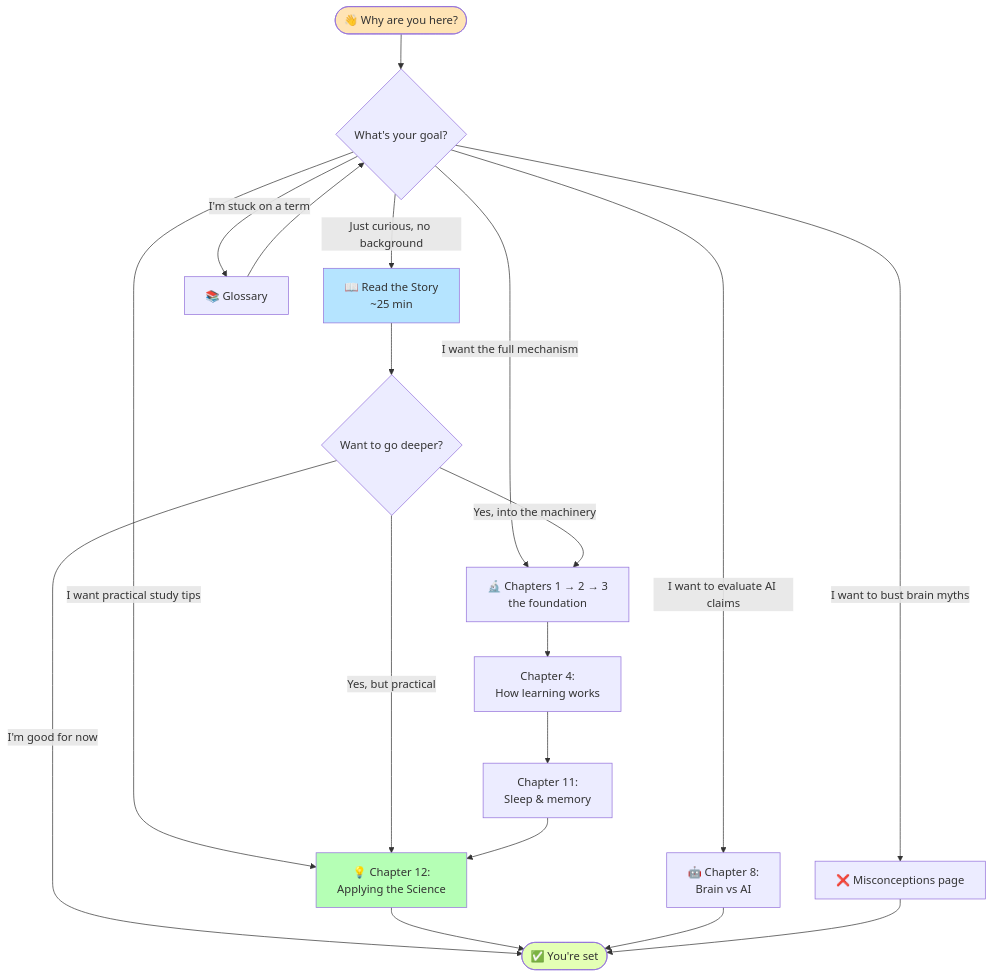
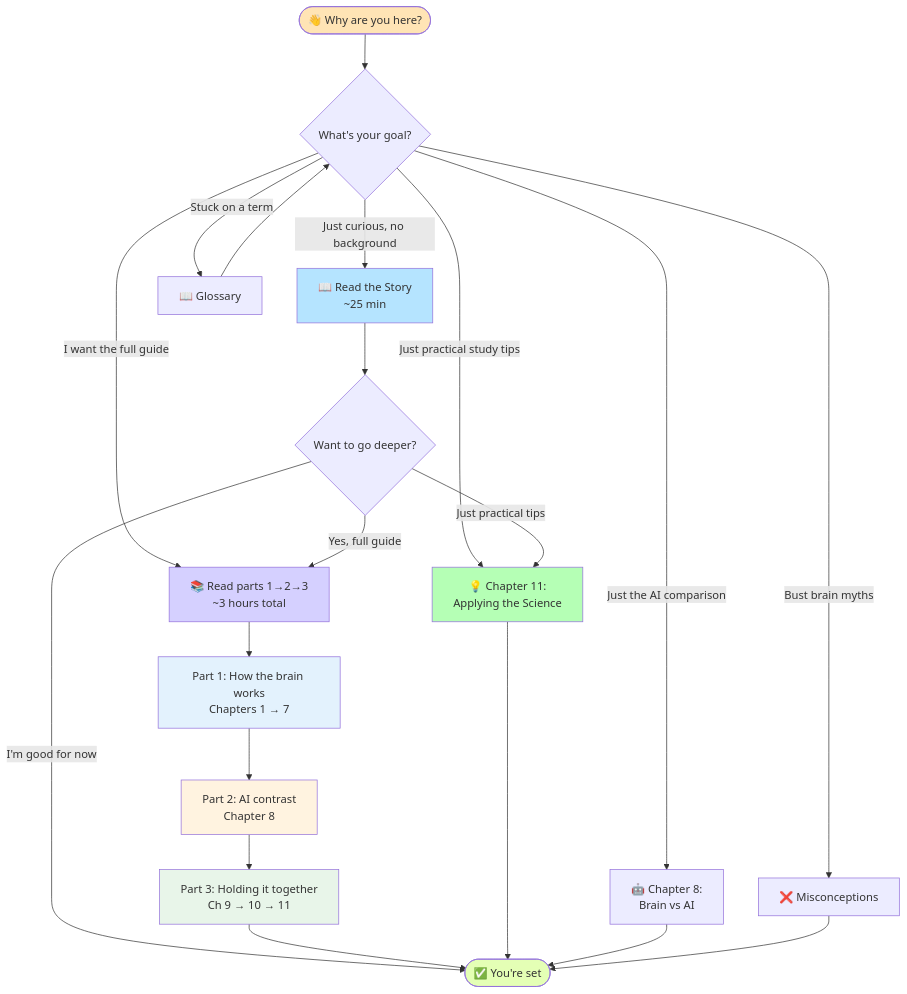
Before and after one commit to HariOm-Labs/brain-before-ai: the diagram in README.md, drawn with Mermaid. The commit also changed other lines of this file and 17 other files, not shown here.

````diff
--- a/README.md
+++ b/README.md
@@ -92,30 +120,35 @@
 ```mermaid
 flowchart TD
     Start([👋 Why are you here?]) --> Q1{What's your goal?}
 
     Q1 -->|Just curious, no background| Story[📖 Read the Story<br/>~25 min]
-    Q1 -->|I want practical study tips| Ch12[💡 Chapter 12:<br/>Applying the Science]
-    Q1 -->|I want to evaluate AI claims| Ch8[🤖 Chapter 8:<br/>Brain vs AI]
-    Q1 -->|I want the full mechanism| Full[🔬 Chapters 1 → 2 → 3<br/>the foundation]
-    Q1 -->|I'm stuck on a term| Gloss[📚 Glossary]
-    Q1 -->|I want to bust brain myths| Myth[❌ Misconceptions page]
+    Q1 -->|I want the full guide| Full[📚 Read parts 1→2→3<br/>~3 hours total]
+    Q1 -->|Just practical study tips| Ch12[💡 Chapter 11:<br/>Applying the Science]
+    Q1 -->|Just the AI comparison| Ch8[🤖 Chapter 8:<br/>Brain vs AI]
+    Q1 -->|Stuck on a term| Gloss[📖 Glossary]
+    Q1 -->|Bust brain myths| Myth[❌ Misconceptions]
 
     Story --> Next1{Want to go deeper?}
-    Next1 -->|Yes, into the machinery| Full
-    Next1 -->|Yes, but practical| Ch12
+    Next1 -->|Yes, full guide| Full
+    Next1 -->|Just practical tips| Ch12
     Next1 -->|I'm good for now| Done([✅ You're set])
 
-    Full --> Ch4[Chapter 4:<br/>How learning works]
-    Ch4 --> Ch11[Chapter 11:<br/>Sleep & memory]
-    Ch11 --> Ch12
+    Full --> Part1[Part 1: How the brain works<br/>Chapters 1 → 7]
+    Part1 --> Part2[Part 2: AI contrast<br/>Chapter 8]
+    Part2 --> Part3[Part 3: Holding it together<br/>Ch 9 → 10 → 11]
+    Part3 --> Done
 
     Ch12 --> Done
     Ch8 --> Done
     Gloss --> Q1
     Myth --> Done
 
     style Start fill:#ffe4b5
     style Story fill:#b5e4ff
+    style Full fill:#d5d0ff
+    style Part1 fill:#e3f2fd
+    style Part2 fill:#fff3e0
+    style Part3 fill:#e8f5e9
     style Ch12 fill:#b5ffb5
     style Done fill:#e4ffb5
 ```
````
